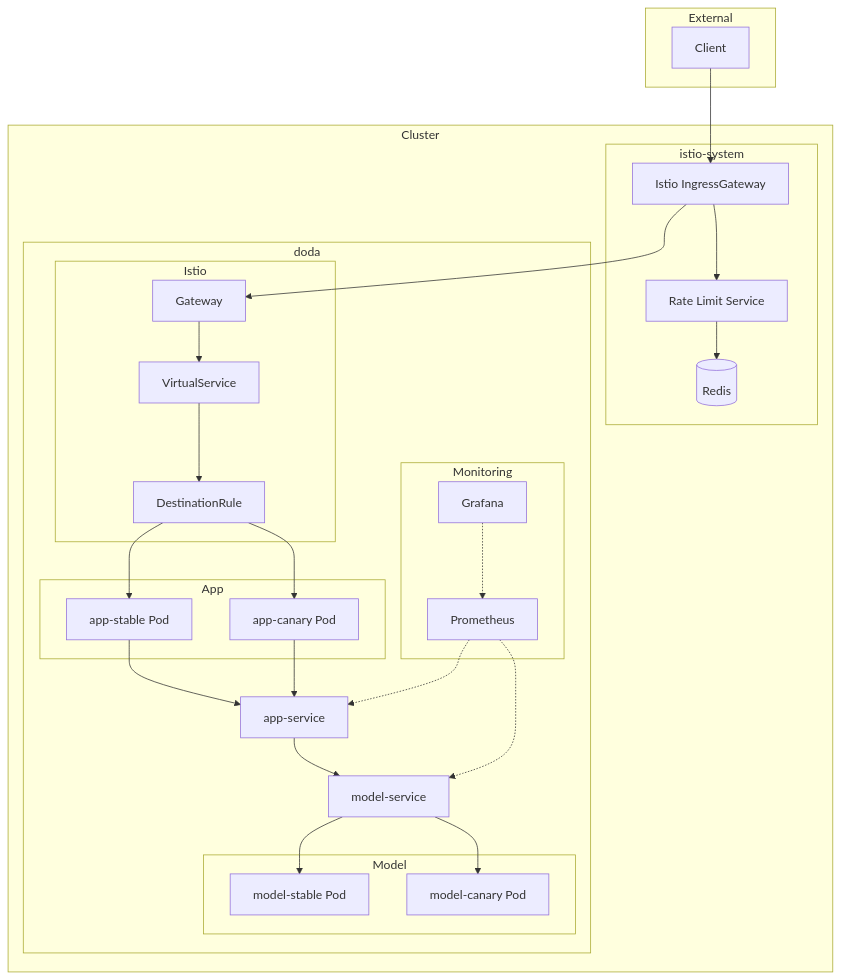
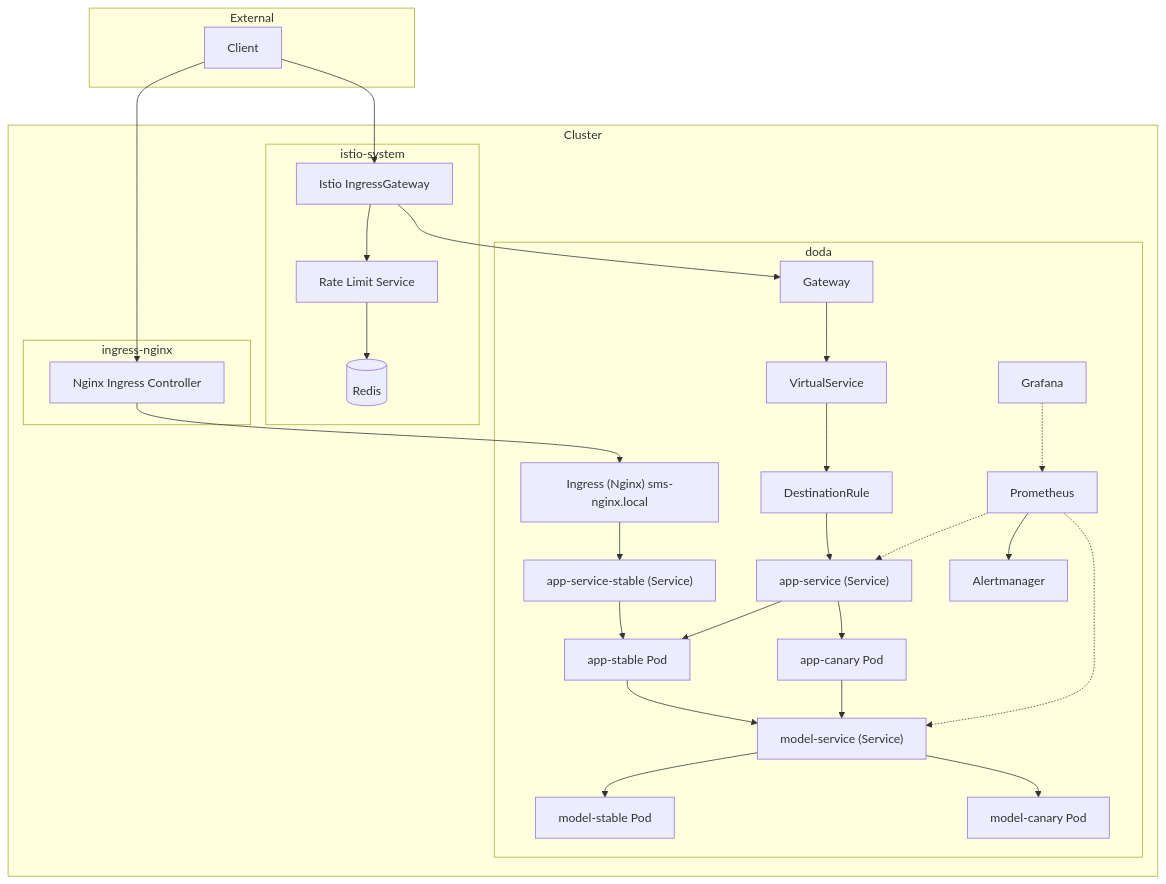
Before and after one commit to doda2025-team4/operation: the first of 4 diagrams in docs/deployment.md, drawn with Mermaid.

Commit message:
Include nginx im full system deployment diagram

````diff
--- a/docs/deployment.md
+++ b/docs/deployment.md
@@ -127,56 +127,64 @@
 ```mermaid
 graph TB
-    subgraph External
-        Client[Client]
+  subgraph External
+    Client[Client]
+  end
+
+  subgraph Cluster
+    subgraph ingress-nginx
+      Nginx[Nginx Ingress Controller]
     end
 
-    subgraph Cluster
-        subgraph istio-system
-            IGW[Istio IngressGateway]
-            RLS[Rate Limit Service]
-            Redis[(Redis)]
-        end
-
-        subgraph doda
-            subgraph Istio
-                GW[Gateway]
-                VS[VirtualService]
-                DR[DestinationRule]
-            end
-
-            subgraph App
-                AppStable[app-stable Pod]
-                AppCanary[app-canary Pod]
-            end
-            AppSvc[app-service]
-
-            subgraph Model
-                ModelStable[model-stable Pod]
-                ModelCanary[model-canary Pod]
-            end
-            ModelSvc[model-service]
-
-            subgraph Monitoring
-                Prometheus[Prometheus]
-                Grafana[Grafana]
-            end
-        end
+    subgraph istio-system
+      IGW[Istio IngressGateway]
+      RLS[Rate Limit Service]
+      Redis[(Redis)]
     end
 
-    Client --> IGW
-    IGW --> RLS
-    RLS --> Redis
-    IGW --> GW
-    GW --> VS
-    VS --> DR
-    DR --> AppStable
-    DR --> AppCanary
-    AppStable --> AppSvc
-    AppCanary --> AppSvc
-    AppSvc --> ModelSvc
-    ModelSvc --> ModelStable
-    ModelSvc --> ModelCanary
-    Prometheus -.-> AppSvc
-    Prometheus -.-> ModelSvc
-    Grafana -.-> Prometheus
+    subgraph doda
+      %% Nginx stable-only entry
+      Ingress["Ingress (Nginx) sms-nginx.local"]
+      AppStableSvc["app-service-stable (Service)"]
+      AppStablePod[app-stable Pod]
+
+      %% Istio experiment entry
+      GW[Gateway]
+      VS[VirtualService]
+      DR[DestinationRule]
+      AppSvc["app-service (Service)"]
+      AppCanaryPod[app-canary Pod]
+
+      %% Model
+      ModelSvc["model-service (Service)"]
+      ModelStablePod[model-stable Pod]
+      ModelCanaryPod[model-canary Pod]
+
+      %% Monitoring
+      Prometheus[Prometheus]
+      Alertmanager[Alertmanager]
+      Grafana[Grafana]
+    end
+  end
+
+  %% Nginx path (stable-only)
+  Client --> Nginx --> Ingress --> AppStableSvc --> AppStablePod
+
+  %% Istio path (experiment)
+  Client --> IGW
+  IGW --> RLS --> Redis
+  IGW --> GW --> VS --> DR --> AppSvc
+  AppSvc --> AppStablePod
+  AppSvc --> AppCanaryPod
+
+  %% App -> Model (same version intent)
+  AppStablePod --> ModelSvc
+  AppCanaryPod --> ModelSvc
+  ModelSvc --> ModelStablePod
+  ModelSvc --> ModelCanaryPod
+
+  %% Monitoring
+  Prometheus -.-> AppSvc
+  Prometheus -.-> ModelSvc
+  Prometheus --> Alertmanager
+  Grafana -.-> Prometheus
 ```
````
